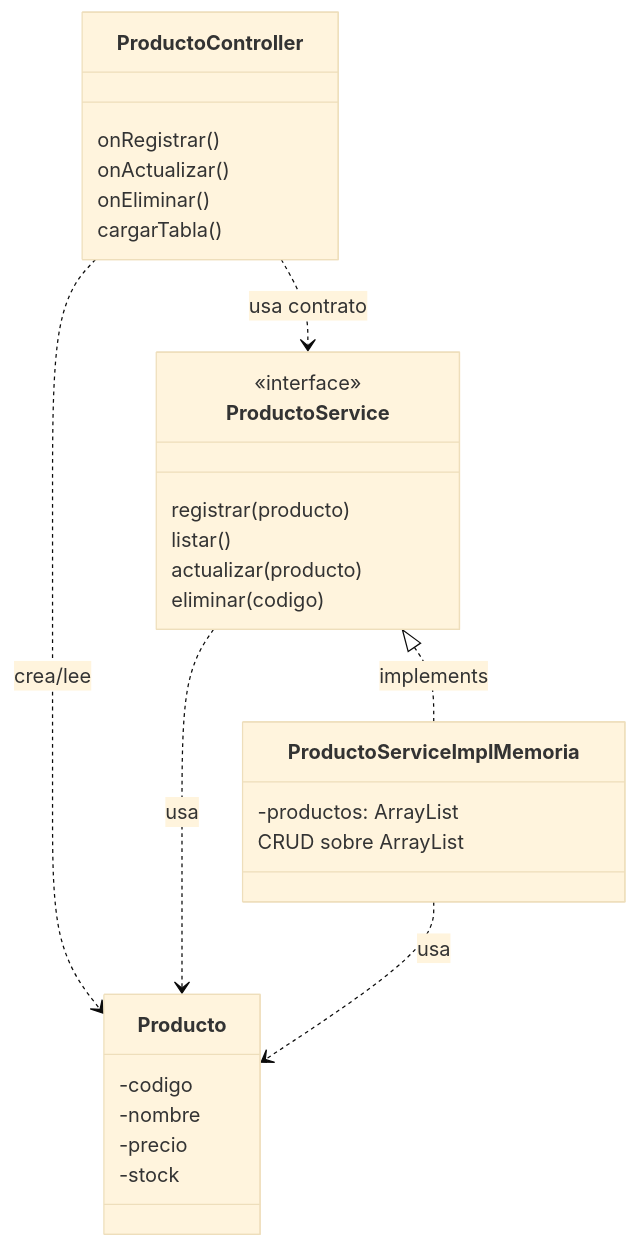
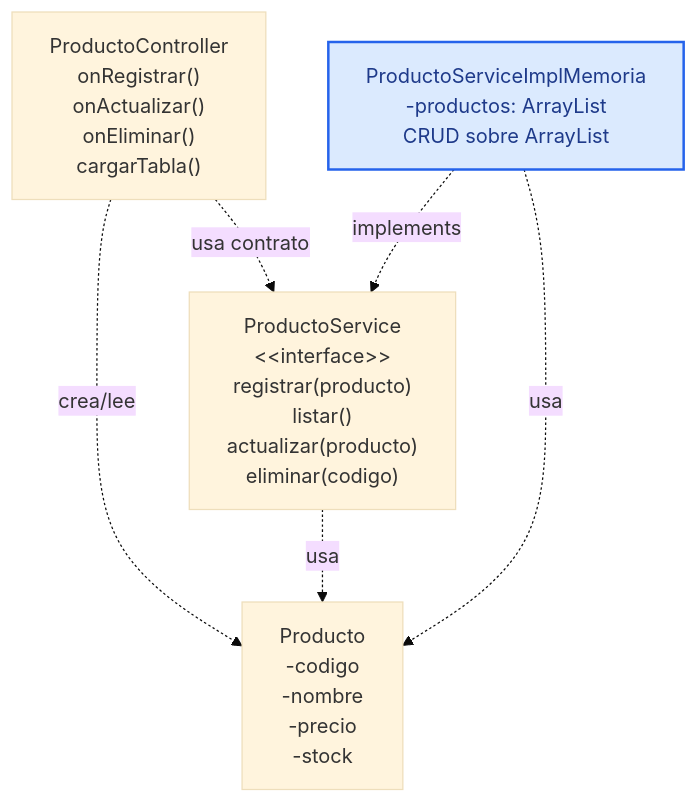
One commit to 262poo/comarket changed the diagram in docs/S07_GUI_CRUD_Memoria.md. Above: the diagram before and after it, drawn with Mermaid (base theme). The commit also changed 3 other files, not shown here.

````diff
--- a/docs/S07_GUI_CRUD_Memoria.md
+++ b/docs/S07_GUI_CRUD_Memoria.md
@@ -64,38 +64,16 @@
 ```mermaid
-classDiagram
-    class ProductoController {
-        onRegistrar()
-        onActualizar()
-        onEliminar()
-        cargarTabla()
-    }
+flowchart TB
+    ProductoController["ProductoController<br/>onRegistrar()<br/>onActualizar()<br/>onEliminar()<br/>cargarTabla()"]
+    ProductoService["ProductoService<br/>&lt;&lt;interface&gt;&gt;<br/>registrar(producto)<br/>listar()<br/>actualizar(producto)<br/>eliminar(codigo)"]
+    ProductoServiceImplMemoria["ProductoServiceImplMemoria<br/>-productos: ArrayList<br/>CRUD sobre ArrayList"]
+    Producto["Producto<br/>-codigo<br/>-nombre<br/>-precio<br/>-stock"]
 
-    class ProductoService {
-        <<interface>>
-        registrar(producto)
-        listar()
-        actualizar(producto)
-        eliminar(codigo)
-    }
-
-    class ProductoServiceImplMemoria {
-        -productos: ArrayList
-        CRUD sobre ArrayList
-    }
-
-    class Producto {
-        -codigo
-        -nombre
-        -precio
-        -stock
-    }
-
-    ProductoController ..> ProductoService : usa contrato
-    ProductoController ..> Producto : crea/lee
-    ProductoService <|.. ProductoServiceImplMemoria : implements
-    ProductoService ..> Producto : usa
-    ProductoServiceImplMemoria ..> Producto : usa
+    ProductoController -. usa contrato .-> ProductoService
+    ProductoController -. crea/lee .-> Producto
+    ProductoServiceImplMemoria -. implements .-> ProductoService
+    ProductoService -. usa .-> Producto
+    ProductoServiceImplMemoria -. usa .-> Producto
 
     classDef serviceImpl fill:#dbeafe,stroke:#2563eb,stroke-width:2px,color:#1e3a8a;
-    class ProductoServiceImplMemoria:::serviceImpl
+    class ProductoServiceImplMemoria serviceImpl;
 ```
````
